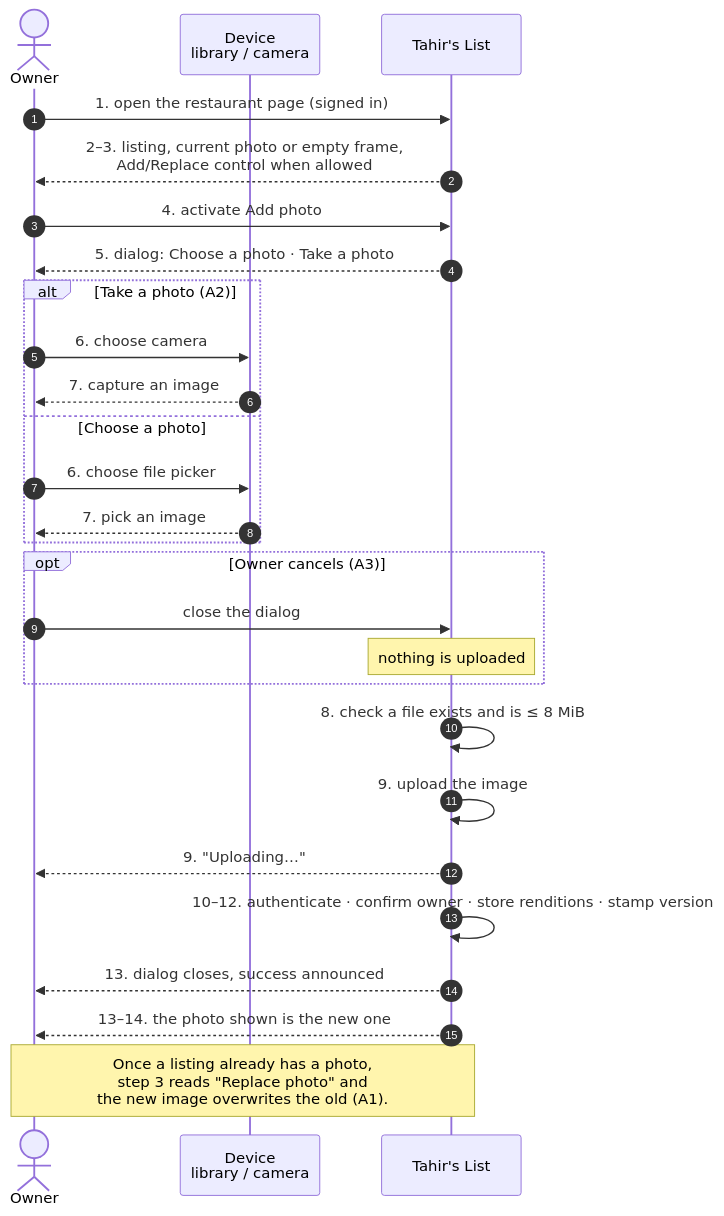
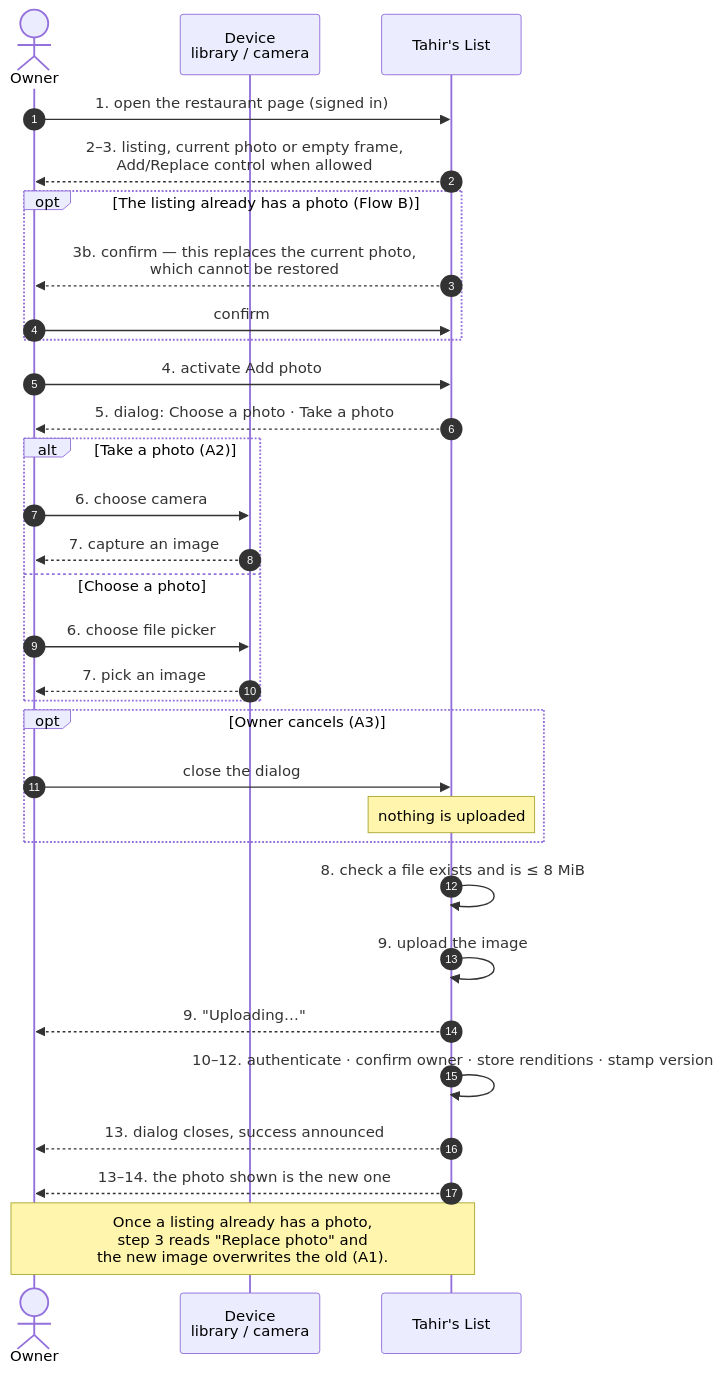
Before and after one commit to Losers-Lab/tahirs-list: the first of 3 diagrams in docs/features/SC-205/04-blackbox/UC-01.md, drawn with Mermaid. The commit also changed other lines of this file and 8 other files, not shown here.

````diff
--- a/docs/features/SC-205/04-blackbox/UC-01.md
+++ b/docs/features/SC-205/04-blackbox/UC-01.md
@@ -5,30 +5,34 @@
 ```mermaid
 sequenceDiagram
   autonumber
   actor RO as Owner
   participant DEV as Device<br/>library / camera
   participant TL as Tahir's List
 
   RO->>TL: 1. open the restaurant page (signed in)
   TL-->>RO: 2–3. listing, current photo or empty frame,<br/>Add/Replace control when allowed
+  opt The listing already has a photo (Flow B)
+    TL-->>RO: 3b. confirm — this replaces the current photo,<br/>which cannot be restored
+    RO->>TL: confirm
+  end
   RO->>TL: 4. activate Add photo
   TL-->>RO: 5. dialog: Choose a photo · Take a photo
   alt Take a photo (A2)
     RO->>DEV: 6. choose camera
     DEV-->>RO: 7. capture an image
   else Choose a photo
     RO->>DEV: 6. choose file picker
     DEV-->>RO: 7. pick an image
   end
   opt Owner cancels (A3)
     RO->>TL: close the dialog
     Note over TL: nothing is uploaded
   end
   TL->>TL: 8. check a file exists and is ≤ 8 MiB
   TL->>TL: 9. upload the image
   TL-->>RO: 9. "Uploading…"
   TL->>TL: 10–12. authenticate · confirm owner · store renditions · stamp version
   TL-->>RO: 13. dialog closes, success announced
   TL-->>RO: 13–14. the photo shown is the new one
   Note over RO,TL: Once a listing already has a photo,<br/>step 3 reads "Replace photo" and<br/>the new image overwrites the old (A1).
 ```
````
